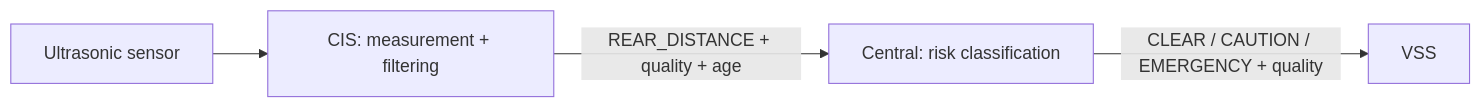
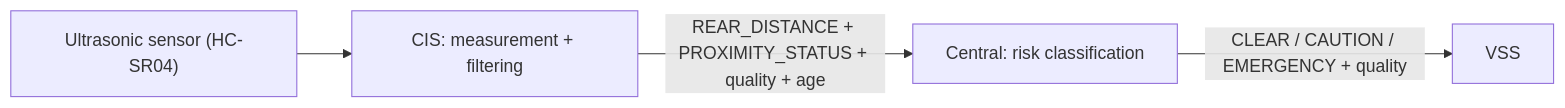
One commit to vehicle-domain-control-system/integrated-vehicle-control changed the third of 3 diagrams in docs/requirements/CIS/05_CIS_ECU_INTERFACE_INFO_DRAFT.md. Above: the diagram before and after it, drawn with Mermaid. The commit also changed other lines of this file and 5 other files, not shown here.

````diff
--- a/docs/requirements/CIS/05_CIS_ECU_INTERFACE_INFO_DRAFT.md
+++ b/docs/requirements/CIS/05_CIS_ECU_INTERFACE_INFO_DRAFT.md
@@ -196,6 +198,6 @@
 ```mermaid
 flowchart LR
-    US["Ultrasonic sensor"] --> CIS["CIS: measurement + filtering"]
-    CIS -->|"REAR_DISTANCE + quality + age"| CENTRAL["Central: risk classification"]
+    US["Ultrasonic sensor (HC-SR04)"] --> CIS["CIS: measurement + filtering"]
+    CIS -->|"REAR_DISTANCE + PROXIMITY_STATUS + quality + age"| CENTRAL["Central: risk classification"]
     CENTRAL -->|"CLEAR / CAUTION / EMERGENCY + quality"| VSS["VSS"]
 ```
````
